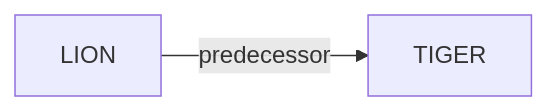
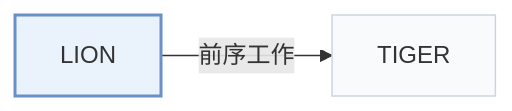
One commit to Galaxy-ghost/Awesome-SID-Generative-Rec changed the second of 2 diagrams in pages/zh/papers/lion.md. Above: the diagram before and after it, drawn with Mermaid. The commit also changed other lines of this file and 649 other files, not shown here.

Commit message:
writer-05: also tags and modality index (schema, check, build, visuals); summary field removed; calibration data for 12 papers

````diff
--- a/pages/zh/papers/lion.md
+++ b/pages/zh/papers/lion.md
@@ -66,5 +74,9 @@
 ```mermaid
 flowchart LR
     P["LION"]
-    P -->|predecessor| A["TIGER"]
+    P -->|"前序工作"| A["TIGER"]
+    classDef main fill:#eaf2fb,stroke:#6b8fc7,stroke-width:2px
+    classDef peer fill:#f8fafc,stroke:#cbd5e1
+    class P main
+    class A peer
 ```
````
